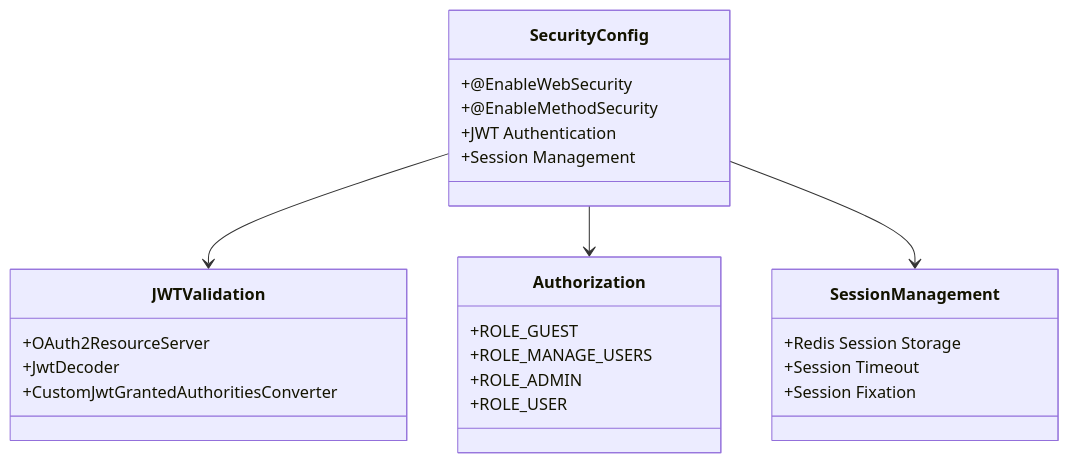
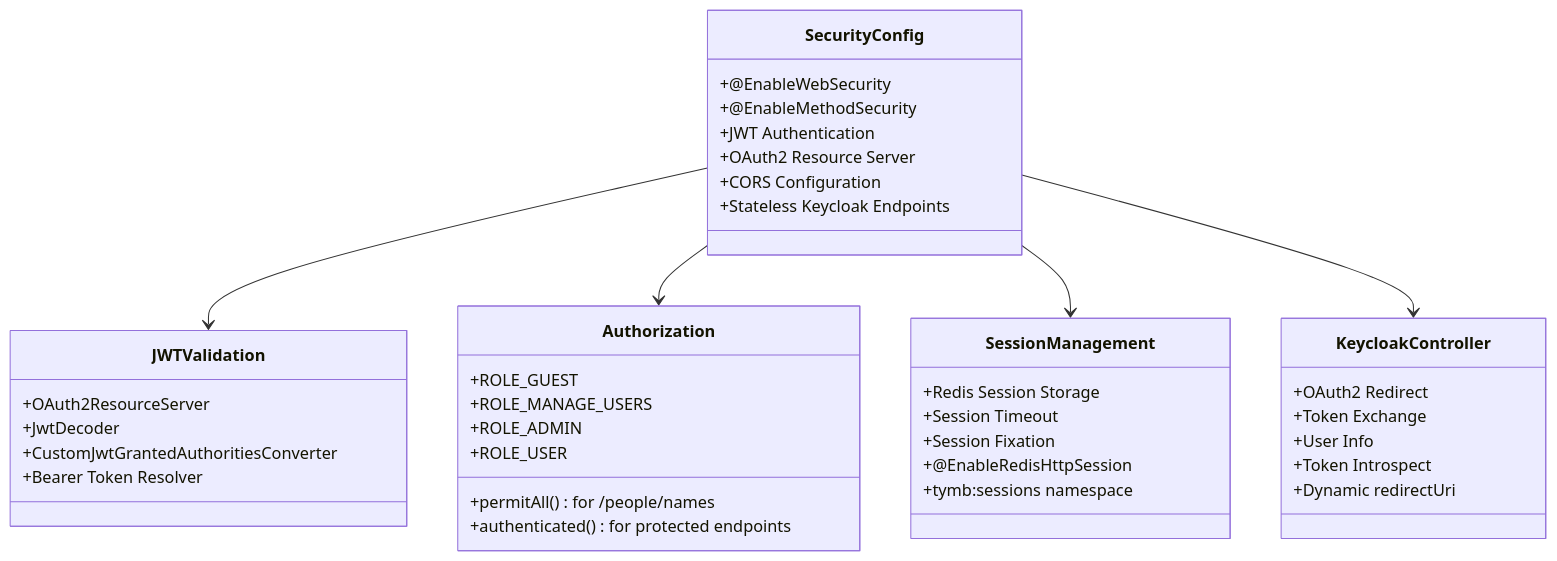
Before and after one commit to Vinskao/ty-multiverse-backend: the eighth of 10 diagrams in README.md, drawn with Mermaid. The commit also changed other lines of this file, not shown here.

Commit message:
info: update graph

````diff
--- a/README.md
+++ b/README.md
@@ -403,32 +340,48 @@
 ```mermaid
 classDiagram
     class SecurityConfig {
         +@EnableWebSecurity
         +@EnableMethodSecurity
         +JWT Authentication
-        +Session Management
+        +OAuth2 Resource Server
+        +CORS Configuration
+        +Stateless Keycloak Endpoints
     }
     
     class JWTValidation {
         +OAuth2ResourceServer
         +JwtDecoder
         +CustomJwtGrantedAuthoritiesConverter
+        +Bearer Token Resolver
     }
     
     class Authorization {
         +ROLE_GUEST
         +ROLE_MANAGE_USERS
         +ROLE_ADMIN
         +ROLE_USER
+        +permitAll() for /people/names
+        +authenticated() for protected endpoints
     }
     
     class SessionManagement {
         +Redis Session Storage
         +Session Timeout
         +Session Fixation
+        +@EnableRedisHttpSession
+        +tymb:sessions namespace
+    }
+    
+    class KeycloakController {
+        +OAuth2 Redirect
+        +Token Exchange
+        +User Info
+        +Token Introspect
+        +Dynamic redirectUri
     }
     
     SecurityConfig --> JWTValidation
     SecurityConfig --> Authorization
     SecurityConfig --> SessionManagement
+    SecurityConfig --> KeycloakController
 ```
````
